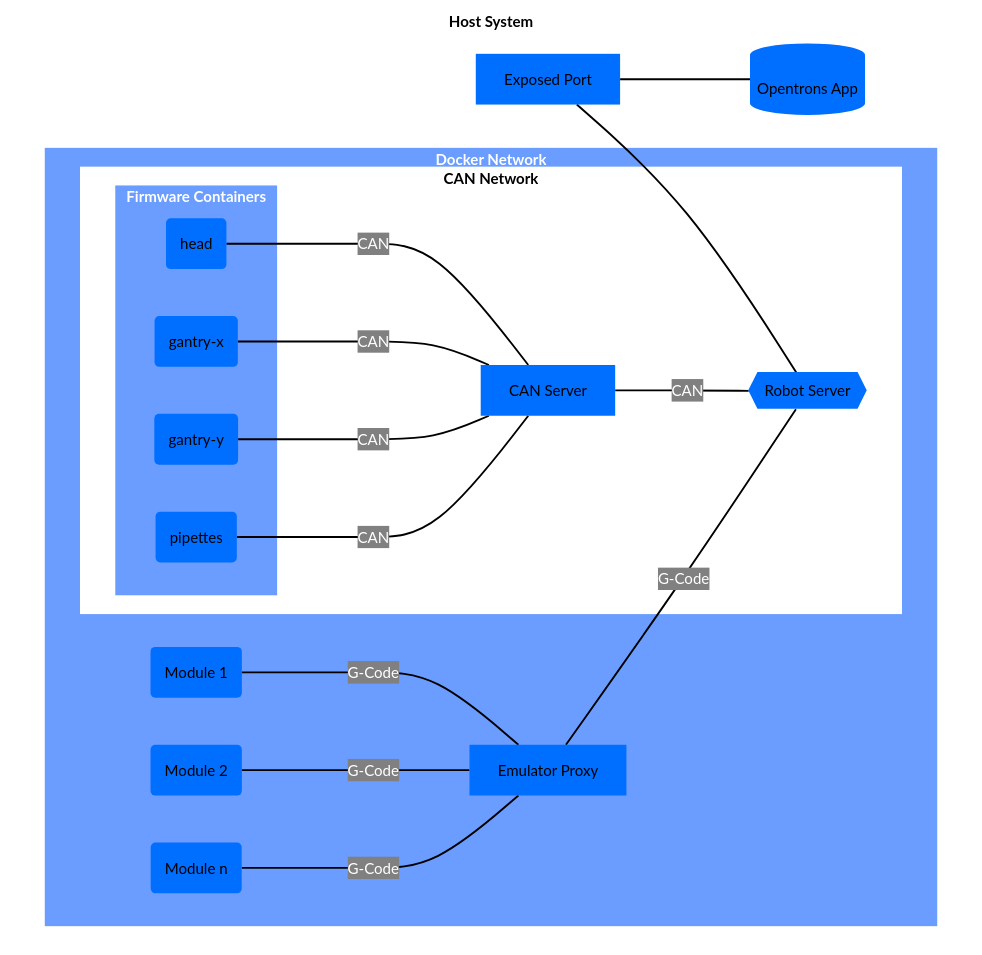
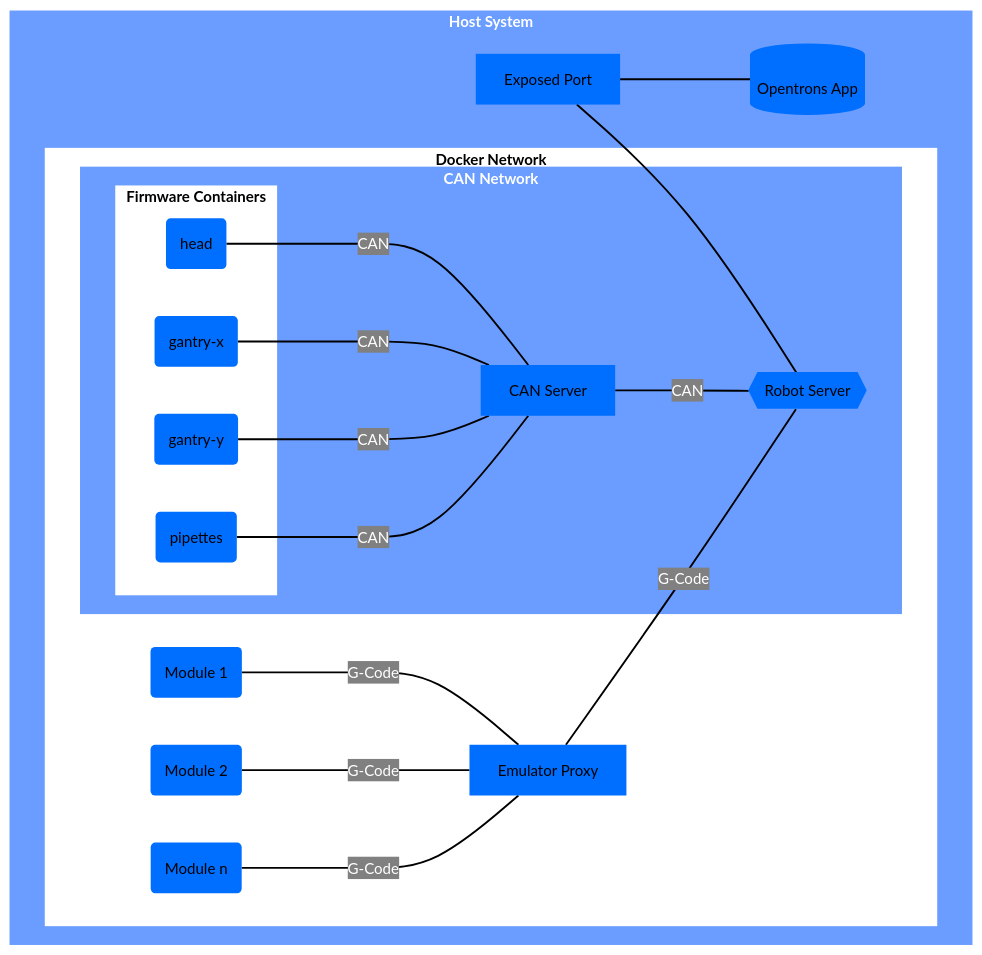
Before and after one commit to Opentrons/opentrons-emulation: the diagram in docs/ARCHITECTURE.md, drawn with Mermaid.

Commit message:
chore: Reverse Colors

````diff
--- a/docs/ARCHITECTURE.md
+++ b/docs/ARCHITECTURE.md
@@ -30,65 +30,65 @@
 ```mermaid
 %%{init: {'theme': 'base', 'themeVariables': { 'edgeLabelBackground': '#808080', 'background':'#ffffff'}}}%%
 
 flowchart LR
     robot_server{{Robot Server}} --CAN--- can_server[CAN Server]
     robot_server --- exposed_port[Exposed Port]
     app[(Opentrons App)] --- exposed_port
     robot_server --"G-Code"--- emulator_proxy[Emulator Proxy]
 
     subgraph hs[Host System]
         direction RL
         app
         exposed_port
         
         subgraph dn[Docker Network]
             robot_server
             can_server
             head
             gantry_x
             gantry_y
             pipettes
             module_1
             module_2
             module_n
             emulator_proxy
             
             subgraph cn[CAN Network]
                 robot_server
                 can_server
                 head
                 gantry_x
                 gantry_y
                 pipettes
                 
                     subgraph fc [Firmware Containers]
                         head(head)
                         gantry_x(gantry-x)
                         gantry_y(gantry-y)
                         pipettes(pipettes)
                         
                     end
             end
         end
     end
 
     can_server --CAN---- head(head)
     can_server --CAN---- gantry_x(gantry-x)
     can_server --CAN---- gantry_y(gantry-y)
     can_server --CAN---- pipettes(pipettes)
 
     emulator_proxy --G-Code---- module_1(Module 1)
     emulator_proxy --G-Code---- module_2(Module 2)
     emulator_proxy --G-Code---- module_n(Module n)
 
 
     classDef primarySubgraphStyle fill:#6a9dff,stroke-width:0px,color:white,font-weight:bold;
     classDef secondarySubgraphStyle fill:#ffffff,stroke-width:0px,color:black,font-weight:bold;
-    class dn,fc primarySubgraphStyle;
-    class cn,hs secondarySubgraphStyle;
+    class cn,hs primarySubgraphStyle;
+    class dn,fc secondarySubgraphStyle;
     
     classDef node fill:#006fff,color:#000000,stroke-width:0px;
     
     linkStyle default stroke:#000000,stroke-width:2px,color:white;
 
 ```
````
